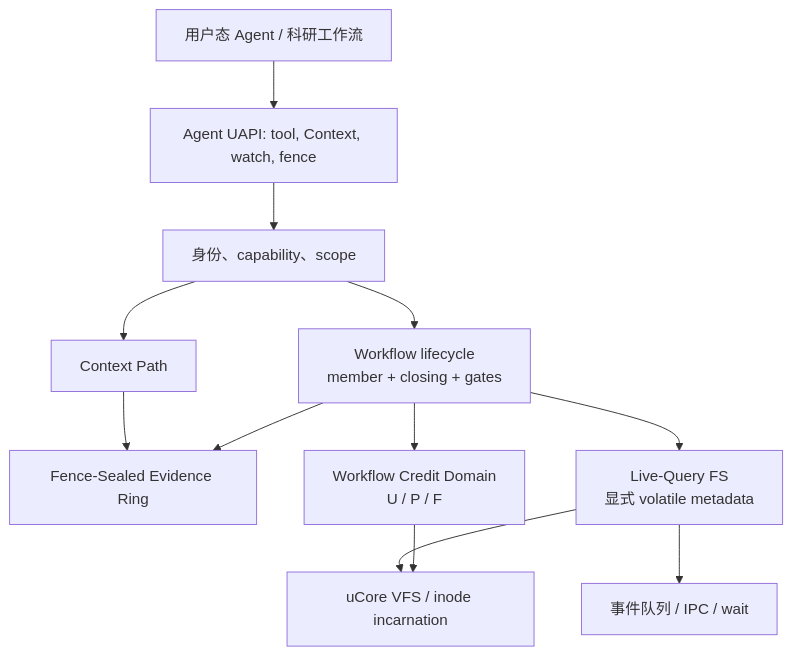
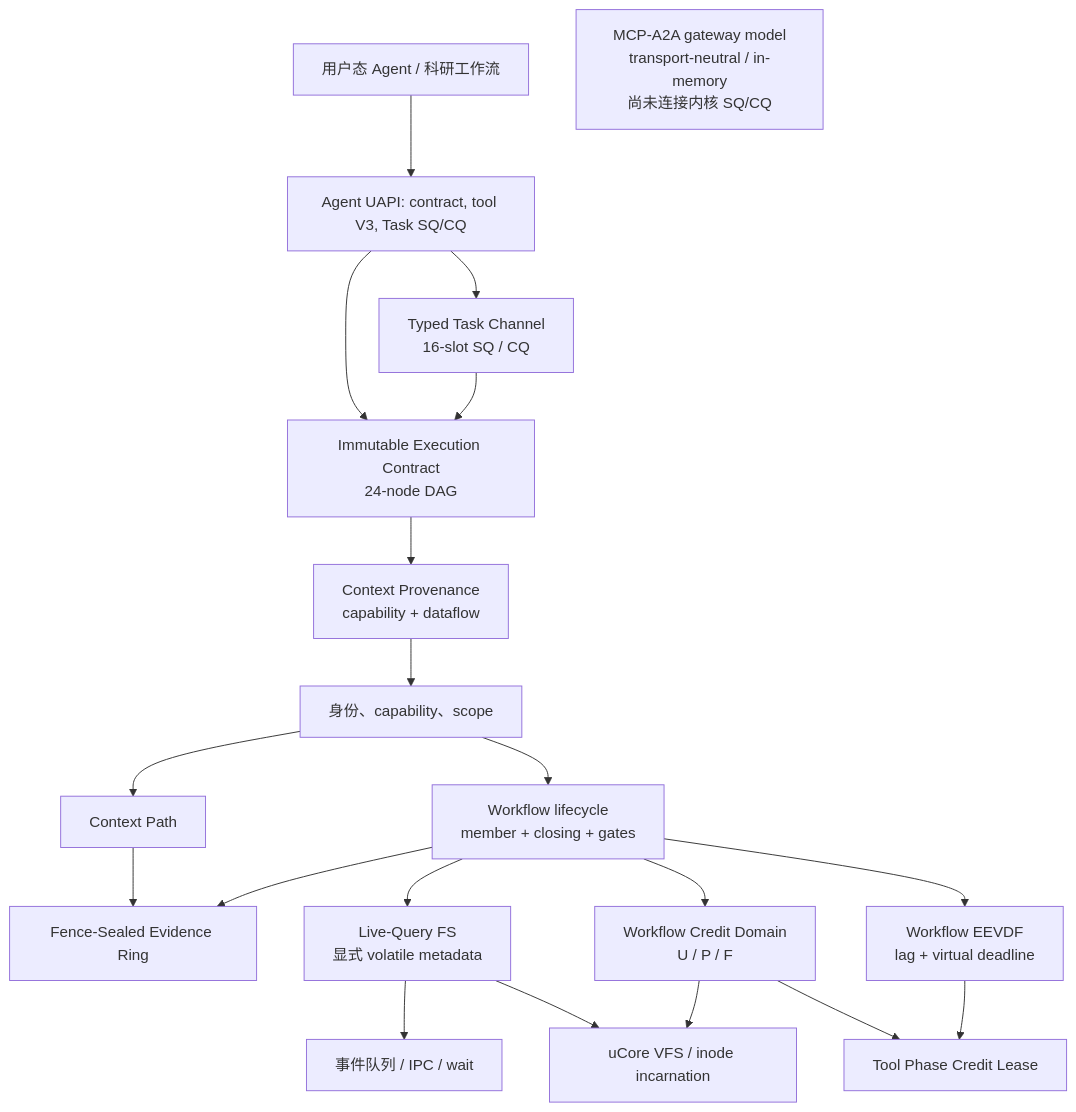
One commit to yushugulao/Agent-OS changed the diagram in docs/agentos/design.md. Above: the diagram before and after it, drawn with Mermaid. The commit also changed other lines of this file and 104 other files, not shown here.

````diff
--- a/docs/agentos/design.md
+++ b/docs/agentos/design.md
@@ -19,24 +22,37 @@
 ```mermaid
 flowchart TB
   U["用户态 Agent / 科研工作流"]
-  ABI["Agent UAPI: tool, Context, watch, fence"]
+  G["MCP-A2A gateway model\ntransport-neutral / in-memory\n尚未连接内核 SQ/CQ"]
+  ABI["Agent UAPI: contract, tool V3, Task SQ/CQ"]
+  EC["Immutable Execution Contract\n24-node DAG"]
+  PV["Context Provenance\ncapability + dataflow"]
+  TC["Typed Task Channel\n16-slot SQ / CQ"]
   ID["身份、capability、scope"]
   LC["Workflow lifecycle\nmember + closing + gates"]
   CTX["Context Path"]
   ER["Fence-Sealed Evidence Ring"]
   CD["Workflow Credit Domain\nU / P / F"]
+  PH["Tool Phase Credit Lease"]
+  WS["Workflow EEVDF\nlag + virtual deadline"]
   LQ["Live-Query FS\n显式 volatile metadata"]
   IPC["事件队列 / IPC / wait"]
   VFS["uCore VFS / inode incarnation"]
   U --> ABI
-  ABI --> ID
+  ABI --> TC
+  ABI --> EC
+  TC --> EC
+  EC --> PV
+  PV --> ID
   ID --> LC
   ID --> CTX
   CTX --> ER
   LC --> ER
   LC --> CD
+  CD --> PH
+  LC --> WS
+  WS --> PH
   LC --> LQ
   LQ --> IPC
   LQ --> VFS
   CD --> VFS
 ```
````
